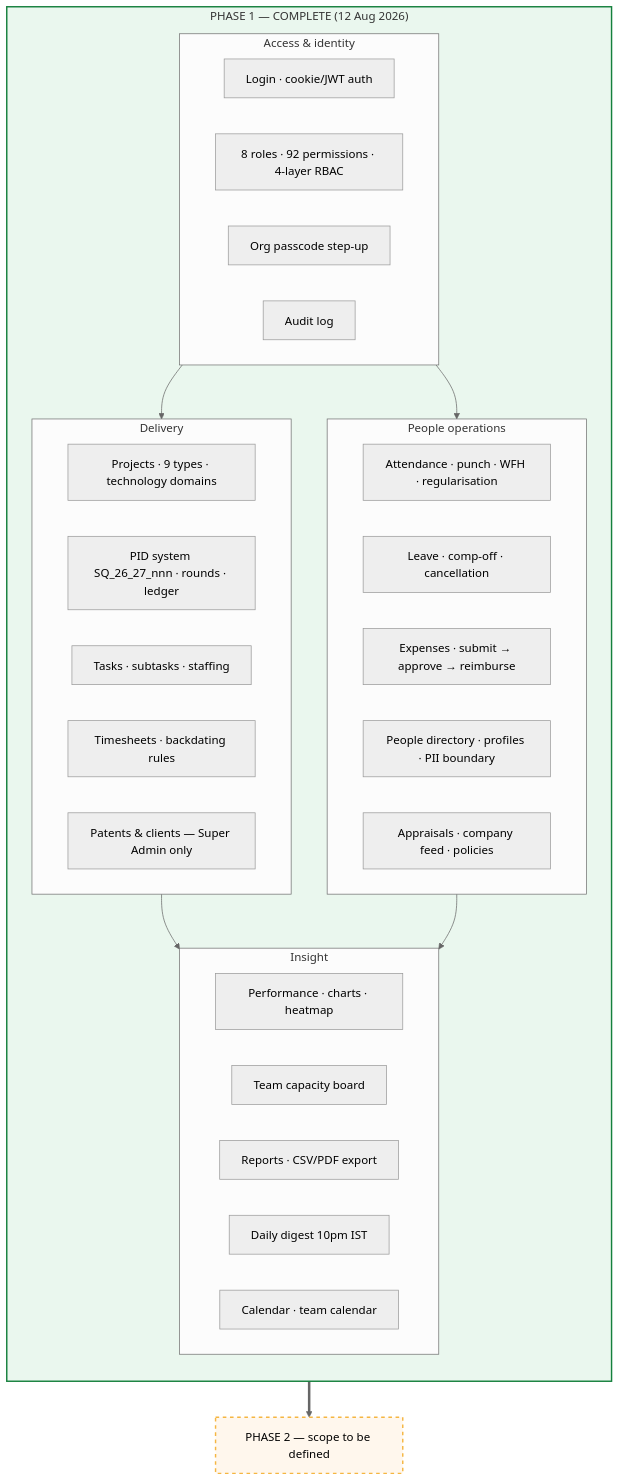
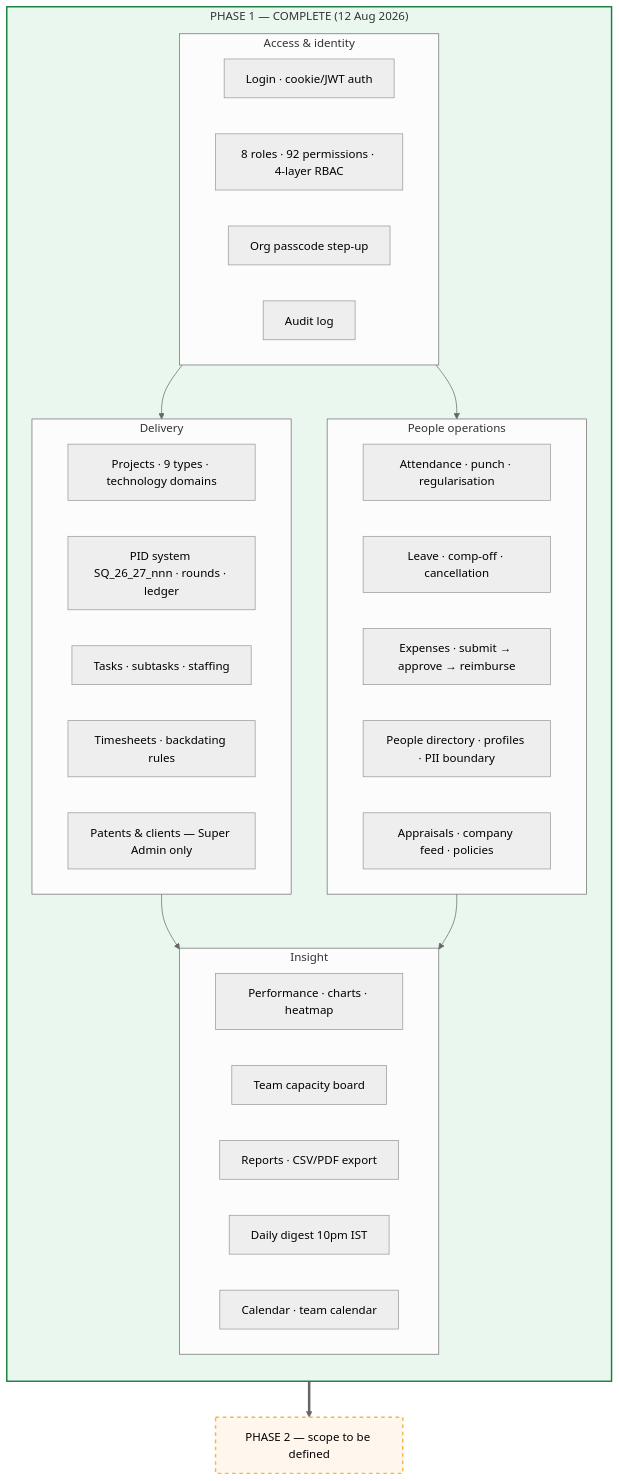
One commit to AnantSQIP/pdash changed the first of 2 diagrams in PHASES.md. Above: the diagram before and after it, drawn with Mermaid (neutral theme). The commit also changed 33 other files, not shown here.

````diff
--- a/PHASES.md
+++ b/PHASES.md
@@ -21,48 +21,48 @@
 ```mermaid
 graph TD
   subgraph P1["PHASE 1 — COMPLETE (12 Aug 2026)"]
     direction TB
 
     subgraph Access["Access & identity"]
       A1[Login · cookie/JWT auth]
       A2[8 roles · 92 permissions · 4-layer RBAC]
       A3[Org passcode step-up]
       A4[Audit log]
     end
 
     subgraph Delivery["Delivery"]
       D1[Projects · 9 types · technology domains]
       D2[PID system SQ_26_27_nnn · rounds · ledger]
       D3[Tasks · subtasks · staffing]
       D4[Timesheets · backdating rules]
       D5[Patents & clients — Super Admin only]
     end
 
     subgraph People["People operations"]
-      H1[Attendance · punch · WFH · regularisation]
+      H1[Attendance · punch · regularisation]
       H2[Leave · comp-off · cancellation]
       H3[Expenses · submit → approve → reimburse]
       H4[People directory · profiles · PII boundary]
       H5[Appraisals · company feed · policies]
     end
 
     subgraph Insight["Insight"]
       I1[Performance · charts · heatmap]
       I2[Team capacity board]
       I3[Reports · CSV/PDF export]
       I4[Daily digest 10pm IST]
       I5[Calendar · team calendar]
     end
   end
 
   Access --> Delivery
   Access --> People
   Delivery --> Insight
   People --> Insight
 
   P2["PHASE 2 — scope to be defined"]
   P1 ==> P2
 
   style P1 fill:#eaf7ee,stroke:#15803d,stroke-width:2px
   style P2 fill:#fff7ed,stroke:#f5b642,stroke-width:2px,stroke-dasharray: 5 5
 ```
````
